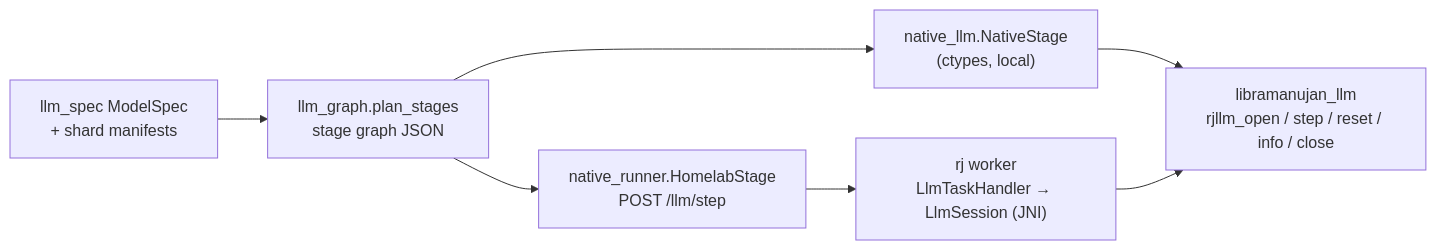
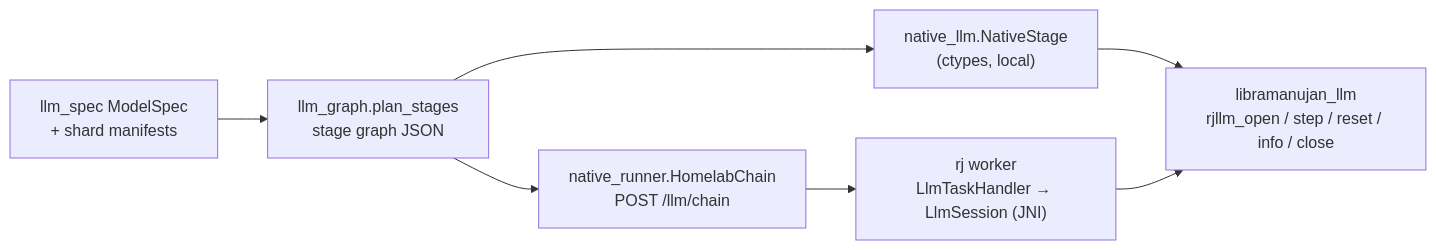
One commit to pranavsaxena-ramanujan/Ramanujan changed the diagram in sharded-llm/NATIVE_LLM.md. Above: the diagram before and after it, drawn with Mermaid. The commit also changed other lines of this file and 8 other files, not shown here.

First line of the commit message:
Homelab LLM: one chained task per worker and argmax-only head

````diff
--- a/sharded-llm/NATIVE_LLM.md
+++ b/sharded-llm/NATIVE_LLM.md
@@ -76,9 +91,9 @@
 ```mermaid
 flowchart LR
     S["llm_spec ModelSpec<br/>+ shard manifests"] --> G["llm_graph.plan_stages<br/>stage graph JSON"]
     G --> P["native_llm.NativeStage<br/>(ctypes, local)"]
-    G --> H["native_runner.HomelabStage<br/>POST /llm/step"]
+    G --> H["native_runner.HomelabChain<br/>POST /llm/chain"]
     H --> W["rj worker<br/>LlmTaskHandler → LlmSession (JNI)"]
     P --> L["libramanujan_llm<br/>rjllm_open / step / reset / info / close"]
     W --> L
 ```
````
